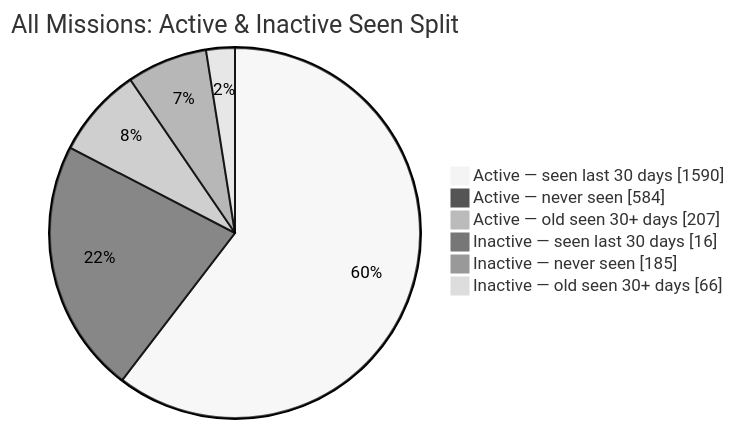
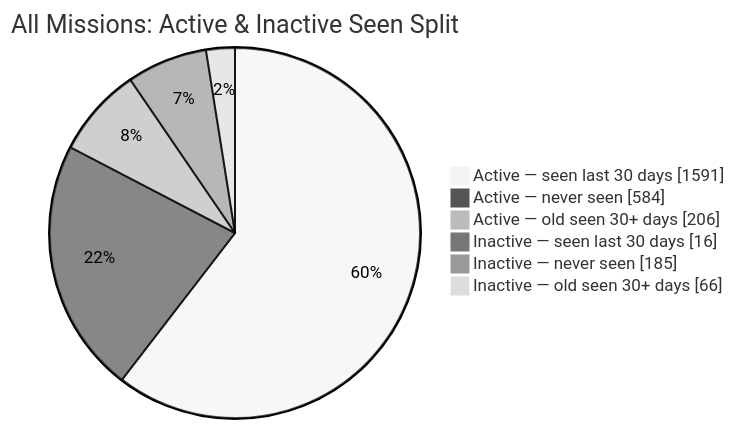
The second of 2 diagrams in README.md (MeldkamerspelGameTeam/active-missions), drawn with Mermaid (neutral theme) before and after one commit. The commit also changed other lines of this file and 2 other files, not shown here.

````diff
--- a/README.md
+++ b/README.md
@@ -44,10 +44,10 @@
 ```mermaid
 pie showData
     title All Missions: Active & Inactive Seen Split
-    "Active — seen last 30 days" : 1590
+    "Active — seen last 30 days" : 1591
     "Active — never seen" : 584
-    "Active — old seen 30+ days" : 207
+    "Active — old seen 30+ days" : 206
     "Inactive — seen last 30 days" : 16
     "Inactive — never seen" : 185
     "Inactive — old seen 30+ days" : 66
 ```
````
